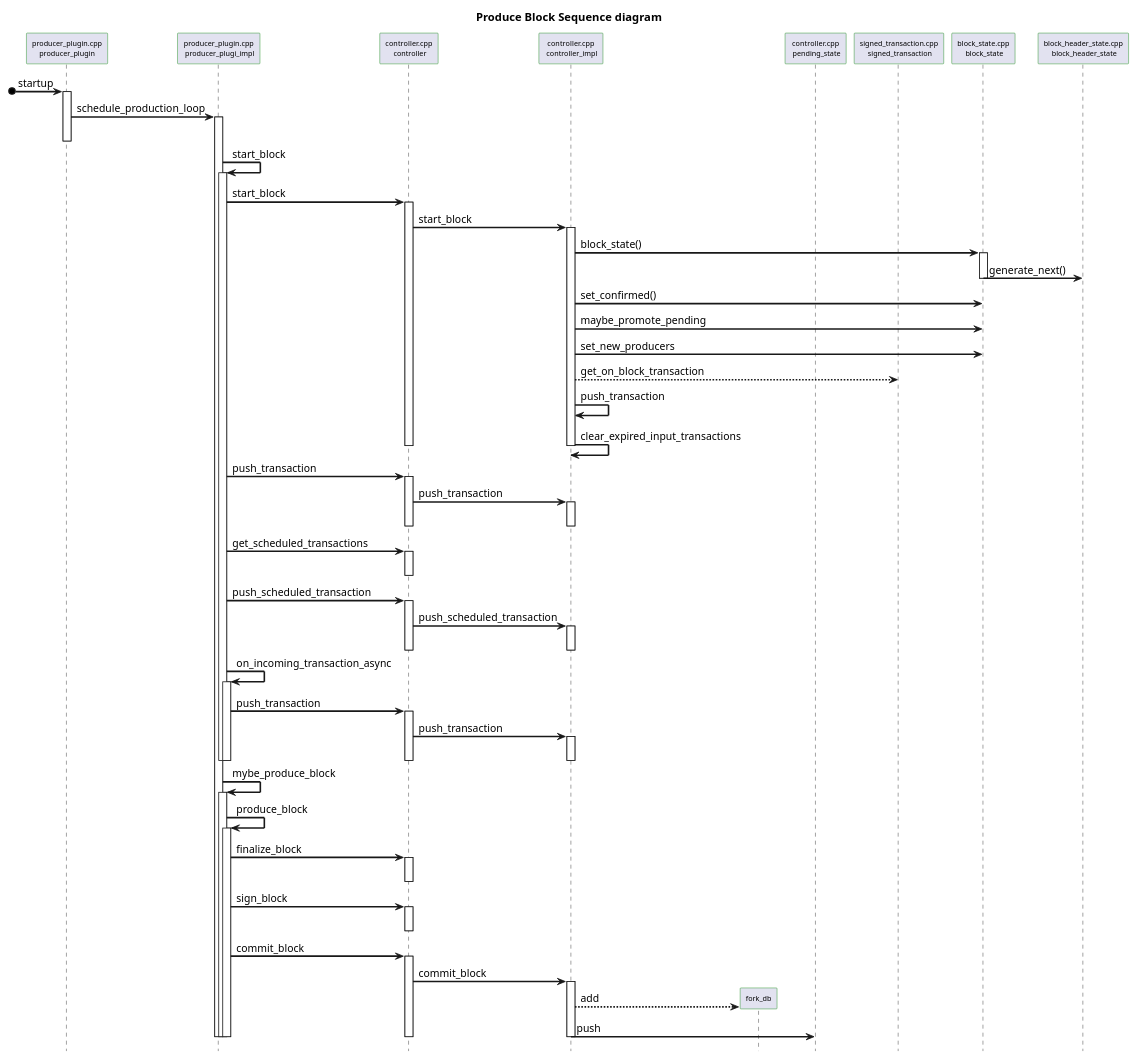
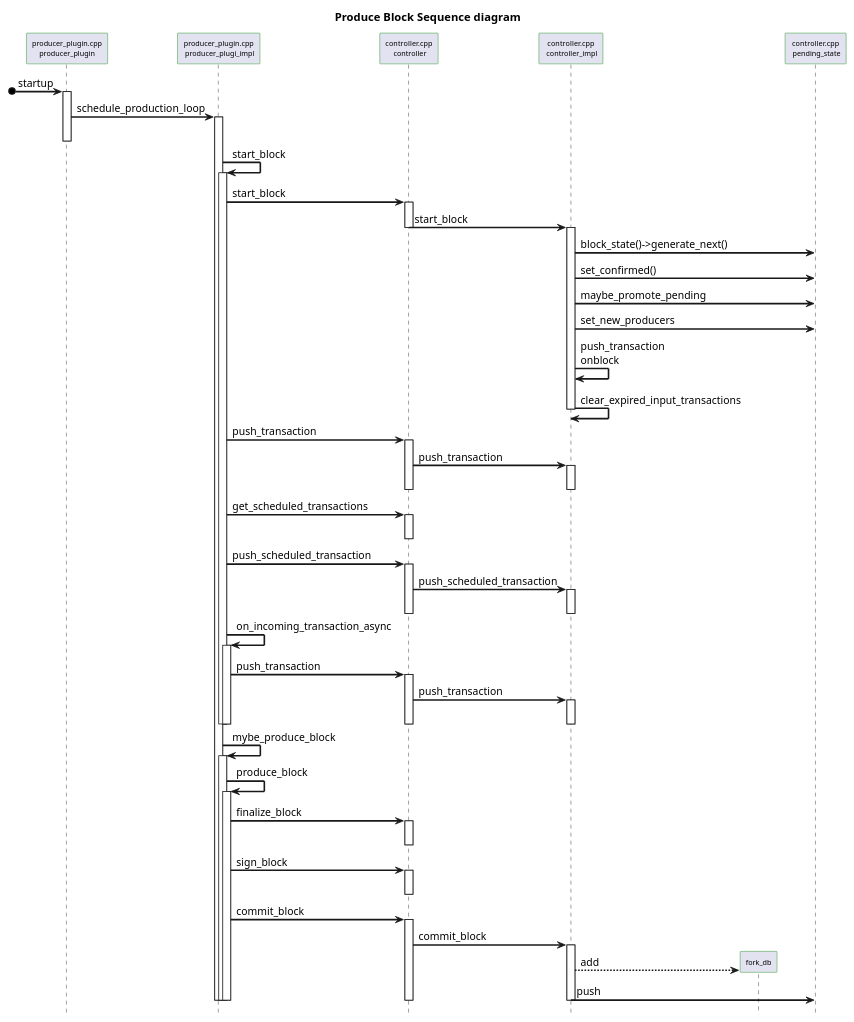
The diagram in puml/produce block.puml (Gary2718/Achainplus), drawn with PlantUML before and after one commit. The commit also changed 3 other files, not shown here.

```diff
--- a/puml/produce block.puml
+++ b/puml/produce block.puml
@@ -1,112 +1,103 @@
 @startuml
 skinparam sequenceArrowThickness 2
 skinparam roundCorner 2
 skinparam agentBorderColor Green
 skinparam maxmessagesize 50
 'skinparam monochrome reverse
 'skinparam sequenceMessageAlign left
 skinparam participantBorderColor Green
 skinparam participantFontSize 9
 skinparam participantMessageAlign left
 'skinparam backgroundColor #EEEBDC
 'skinparam handwritten true
 
 hide footbox
 title Produce Block Sequence diagram
 participant "producer_plugin.cpp\n producer_plugin " as pp
 participant "producer_plugin.cpp\n producer_plugi_impl" as ppi
 participant "controller.cpp\n controller" as cc
 participant "controller.cpp\n controller_impl" as cci
 participant fork_db
 participant "controller.cpp\n pending_state" as ps
-participant "signed_transaction.cpp\n signed_transaction" as strx
-participant "block_state.cpp\n block_state" as pbs
-participant "block_header_state.cpp\n block_header_state" as pbhs
 
  [o->pp: startup
 activate pp
     pp->ppi: schedule_production_loop
 activate ppi
 deactivate pp
 
 ppi->ppi: start_block
     activate ppi
     ppi->cc: start_block
 
     activate cc
     cc ->cci: start_block
+    deactivate cc
         activate cci
-            'create pbs
-            cci->pbs: block_state()
-                activate  pbs
-                'create pbhs
-                pbs->pbhs: generate_next()
-                deactivate pbs
-            cci->pbs: set_confirmed()
-            cci->pbs: maybe_promote_pending
-            cci->pbs: set_new_producers
+            cci->ps: block_state()->generate_next()
+            cci->ps: set_confirmed()
+            cci->ps: maybe_promote_pending
+            cci->ps: set_new_producers
             'create strx
-            cci-->strx: get_on_block_transaction
-            cci->cci:  push_transaction
+            cci->cci:  push_transaction \nonblock
             cci->cci: clear_expired_input_transactions
         deactivate cci
-    deactivate cc
     '-----------------------------------------------------------------
     ppi->cc: push_transaction
     activate cc
     cc->cci: push_transaction
         activate cci
         deactivate cci
     deactivate cc
 
     '--------------------------------------------------------------
      ppi->cc: get_scheduled_transactions
      activate cc
      deactivate cc
     ppi->cc: push_scheduled_transaction
     activate cc
     cc->cci: push_scheduled_transaction
         activate cci
         deactivate cci
     deactivate cc
     'on_incoming_transaction_async
     '--------------------------------------------------------------
     ppi->ppi:on_incoming_transaction_async
     activate ppi
         ppi->cc: push_transaction
         activate cc
         cc->cci: push_transaction
             activate cci
             deactivate cci
         deactivate cc
     deactivate ppi
 
 
 
 deactivate ppi
 
 ppi->ppi: mybe_produce_block
     activate ppi
      ppi->ppi: produce_block
         activate ppi
             ppi->cc:finalize_block
                 activate cc
                 deactivate cc
             ppi->cc:sign_block
                 activate cc
                 deactivate cc
             ppi->cc:commit_block
                 activate cc
                     cc->cci:commit_block
                         activate cci
                             create fork_db
                             cci-->fork_db:add
                             cci->ps: push
                         deactivate cci
                 deactivate cc
         deactivate ppi
     deactivate ppi
 deactivate ppi
 
 
 @enduml
```
